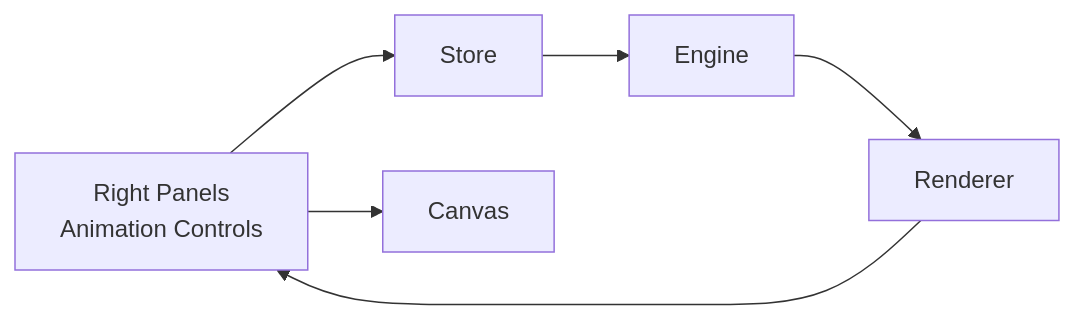
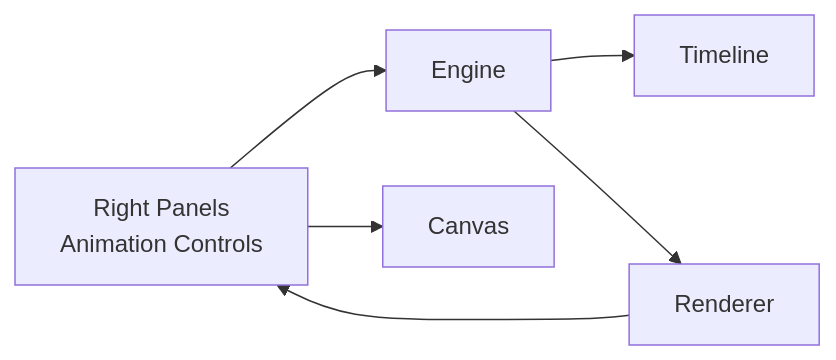
Before and after one commit to Anna0314zy/ai_editor_enginer: the eighth of 9 diagrams in .qoder/repowiki/en/content/Animation System/Animation System.md, drawn with Mermaid. The commit also changed other lines of this file and 41 other files, not shown here.

````diff
--- a/.qoder/repowiki/en/content/Animation System/Animation System.md
+++ b/.qoder/repowiki/en/content/Animation System/Animation System.md
@@ -297,8 +355,8 @@
 ```mermaid
 graph LR
-UI["Right Panels<br/>Animation Controls"] --> STORE["Store"]
-STORE --> ENGINE["Engine"]
+UI["Right Panels<br/>Animation Controls"] --> ENGINE["Engine"]
+ENGINE --> TIMELINE["Timeline"]
 ENGINE --> RENDERER["Renderer"]
 RENDERER --> UI
 UI --> CANVAS["Canvas"]
 ```
````
